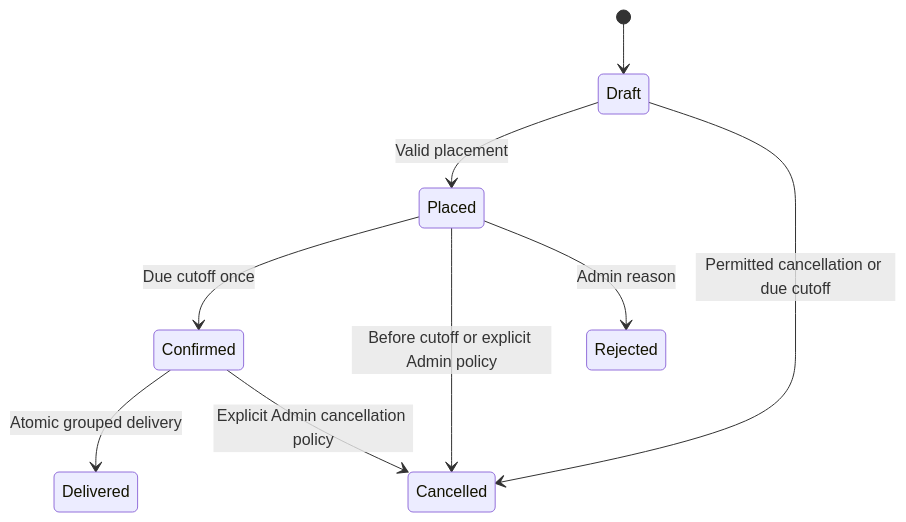
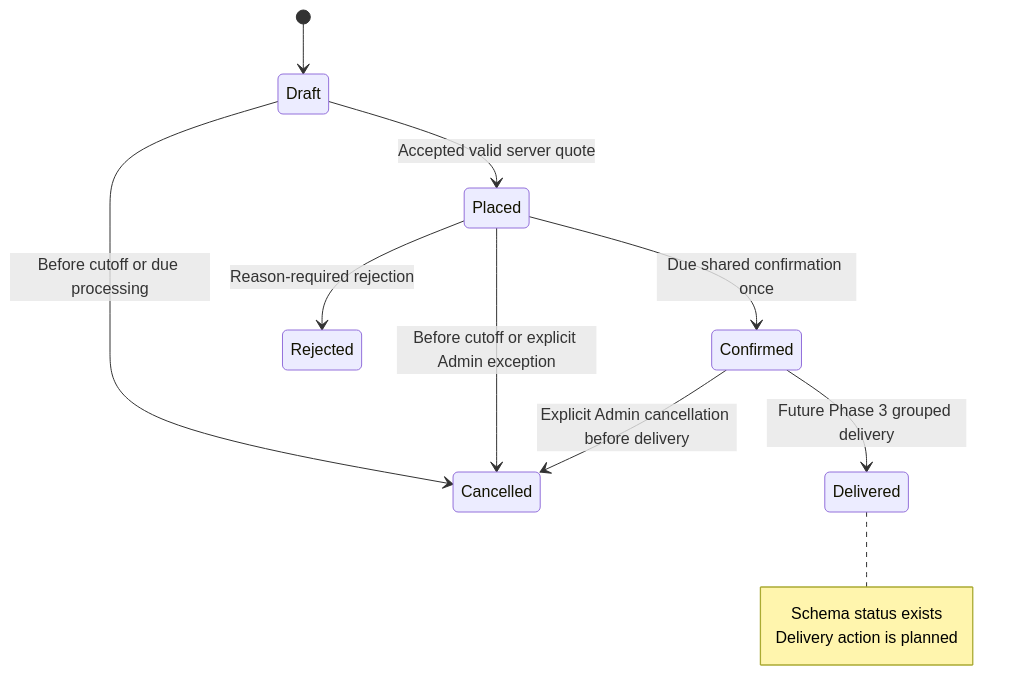
One commit to dishitabuilds/fernleaf-kitchen changed the sixth of 9 diagrams in docs/diagrams.md. Above: the diagram before and after it, drawn with Mermaid. The commit also changed other lines of this file and 55 other files, not shown here.

Commit message:
feat(phase-2): complete orders and cutoff processing

````diff
--- a/docs/diagrams.md
+++ b/docs/diagrams.md
@@ -114,11 +151,15 @@
 ```mermaid
 stateDiagram-v2
     [*] --> Draft
-    Draft --> Placed: Valid placement
-    Draft --> Cancelled: Permitted cancellation or due cutoff
-    Placed --> Confirmed: Due cutoff once
-    Placed --> Cancelled: Before cutoff or explicit Admin policy
-    Placed --> Rejected: Admin reason
-    Confirmed --> Delivered: Atomic grouped delivery
-    Confirmed --> Cancelled: Explicit Admin cancellation policy
+    Draft --> Placed: Accepted valid server quote
+    Draft --> Cancelled: Before cutoff or due processing
+    Placed --> Confirmed: Due shared confirmation once
+    Placed --> Cancelled: Before cutoff or explicit Admin exception
+    Placed --> Rejected: Reason-required rejection
+    Confirmed --> Cancelled: Explicit Admin cancellation before delivery
+    Confirmed --> Delivered: Future Phase 3 grouped delivery
+    note right of Delivered
+        Schema status exists
+        Delivery action is planned
+    end note
 ```
````
